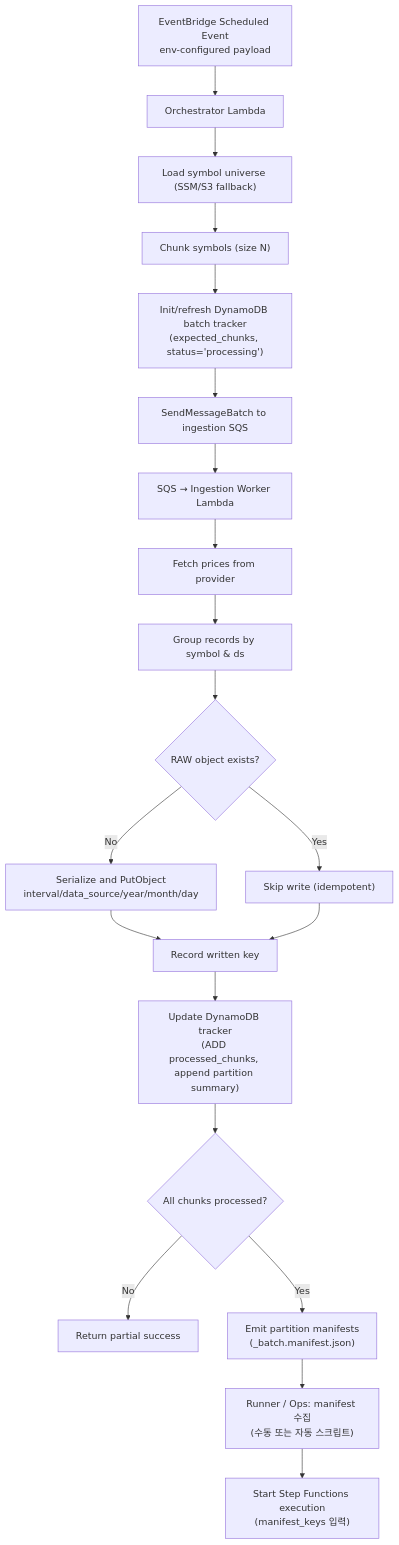
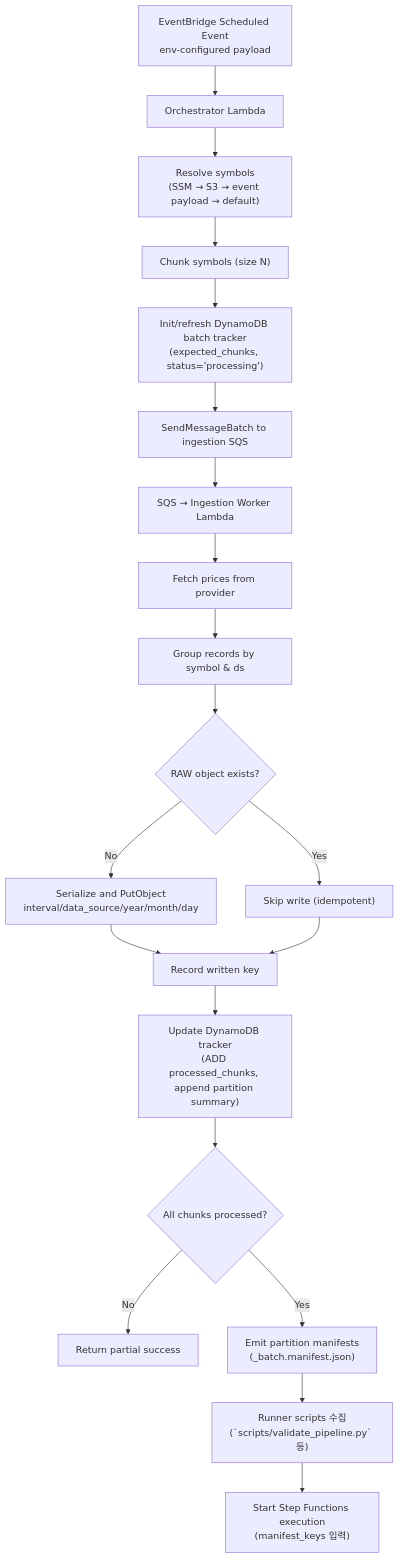
Before and after one commit to keemgdeok/fin-forge-pipeline: the diagram in docs/diagrams/extract/02-flow.md, drawn with Mermaid. The commit also changed 22 other files, not shown here.

````diff
--- a/docs/diagrams/extract/02-flow.md
+++ b/docs/diagrams/extract/02-flow.md
@@ -1,23 +1,23 @@
 ```mermaid
 flowchart TD
   A["EventBridge Scheduled Event<br/>env-configured payload"] --> B["Orchestrator Lambda"]
-  B --> C["Load symbol universe (SSM/S3 fallback)"]
+  B --> C["Resolve symbols<br/>(SSM → S3 → event payload → default)"]
   C --> D["Chunk symbols (size N)"]
   D --> E["Init/refresh DynamoDB batch tracker\n(expected_chunks, status='processing')"]
   E --> F["SendMessageBatch to ingestion SQS"]
   F --> G["SQS → Ingestion Worker Lambda"]
   G --> H["Fetch prices from provider"]
   H --> I["Group records by symbol & ds"]
   I --> J{RAW object exists?}
   J -->|Yes| K["Skip write (idempotent)"]
   J -->|No| L["Serialize and PutObject\ninterval/data_source/year/month/day"]
   L --> M["Record written key"]
   K --> M
   M --> N["Update DynamoDB tracker\n(ADD processed_chunks, append partition summary)"]
   N --> O{All chunks processed?}
   O -->|No| P["Return partial success"]
   O -->|Yes| Q["Emit partition manifests\n(_batch.manifest.json)"]
-  Q --> R["Runner / Ops: manifest 수집\n(수동 또는 자동 스크립트)"]
+  Q --> R["Runner scripts 수집\n(`scripts/validate_pipeline.py` 등)"]
   R --> S["Start Step Functions execution\n(manifest_keys 입력)"]
 
 ```
````
